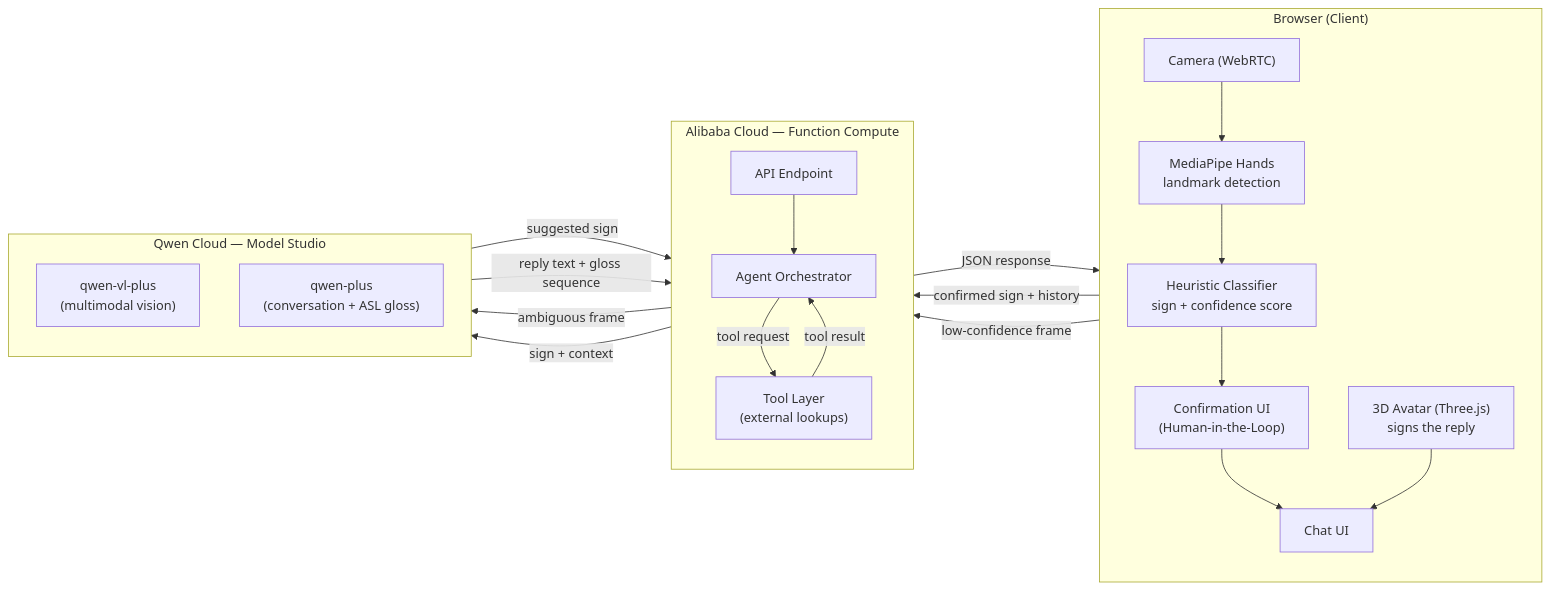
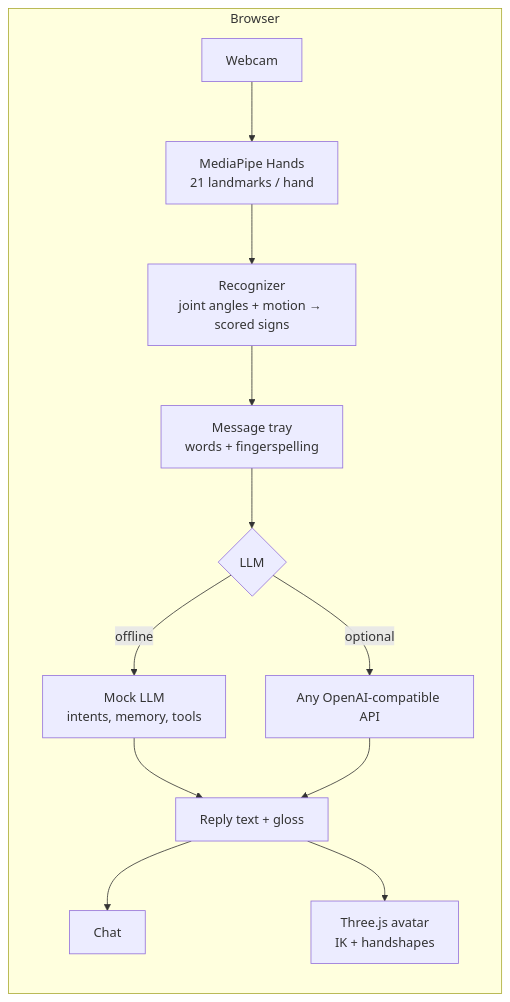
One commit to samadbekyunusalievv/signai changed the diagram in README.md. Above: the diagram before and after it, drawn with Mermaid. The commit also changed other lines of this file and 15 other files, not shown here.

First line of the commit message:
Rebuild SignAI: accurate recognizer, 30 signs + fingerspelling, smarter mock LLM

````diff
--- a/README.md
+++ b/README.md
@@ -30,39 +26,15 @@
 ```mermaid
 flowchart LR
-    subgraph Client["Browser (Client)"]
-        direction TB
-        Cam["Camera (WebRTC)"]
-        MP["MediaPipe Hands<br/>landmark detection"]
-        CLS["Heuristic Classifier<br/>sign + confidence score"]
-        CONF["Confirmation UI<br/>(Human-in-the-Loop)"]
-        CHAT["Chat UI"]
-        AVA["3D Avatar (Three.js)<br/>signs the reply"]
-        Cam --> MP --> CLS --> CONF
-        CONF --> CHAT
-        AVA --> CHAT
+    subgraph Browser
+        CAM["Webcam"] --> MP["MediaPipe Hands<br/>21 landmarks / hand"]
+        MP --> REC["Recognizer<br/>joint angles + motion → scored signs"]
+        REC --> TRAY["Message tray<br/>words + fingerspelling"]
+        TRAY --> LLM{"LLM"}
+        LLM -->|offline| MOCK["Mock LLM<br/>intents, memory, tools"]
+        LLM -->|optional| API["Any OpenAI-compatible API"]
+        MOCK --> OUT["Reply text + gloss"]
+        API --> OUT
+        OUT --> CHAT["Chat"]
+        OUT --> AV["Three.js avatar<br/>IK + handshapes"]
     end
-
-    subgraph Alibaba["Alibaba Cloud — Function Compute"]
-        direction TB
-        API["API Endpoint"]
-        ORCH["Agent Orchestrator"]
-        TOOL["Tool Layer<br/>(external lookups)"]
-        API --> ORCH
-        ORCH -- "tool request" --> TOOL
-        TOOL -- "tool result" --> ORCH
-    end
-
-    subgraph Qwen["Qwen Cloud — Model Studio"]
-        direction TB
-        VL["qwen-vl-plus<br/>(multimodal vision)"]
-        CHATM["qwen-plus<br/>(conversation + ASL gloss)"]
-    end
-
-    CONF -- "confirmed sign + history" --> API
-    CLS -- "low-confidence frame" --> API
-    ORCH -- "ambiguous frame" --> VL
-    VL -- "suggested sign" --> ORCH
-    ORCH -- "sign + context" --> CHATM
-    CHATM -- "reply text + gloss sequence" --> ORCH
-    ORCH -- "JSON response" --> AVA
 ```
````
